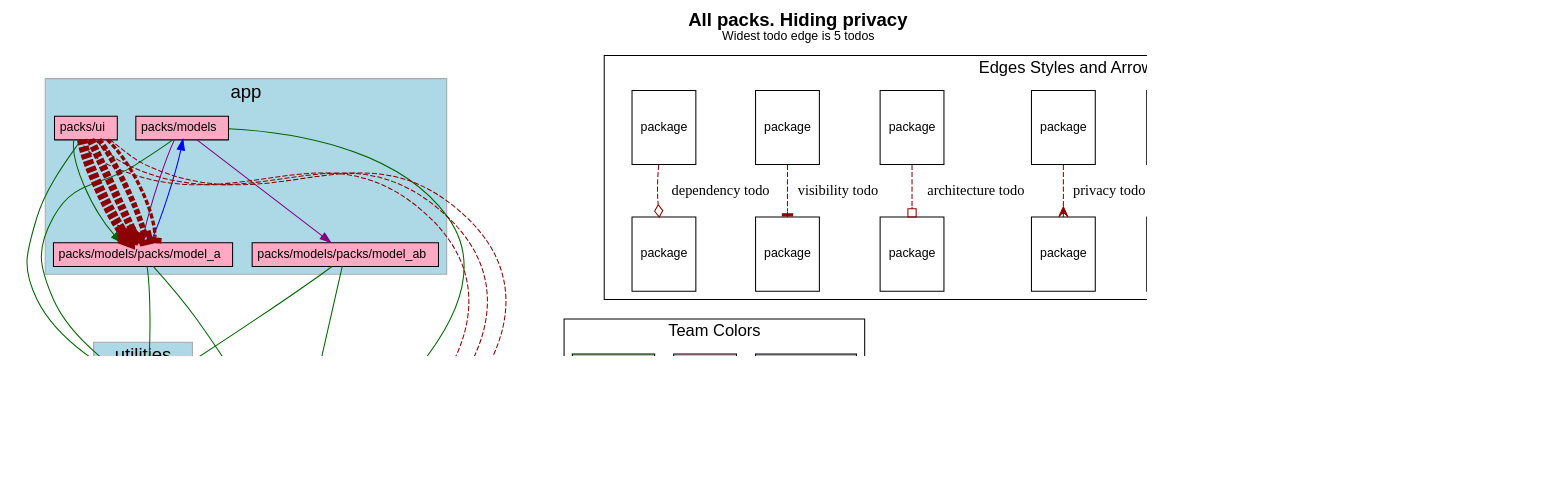
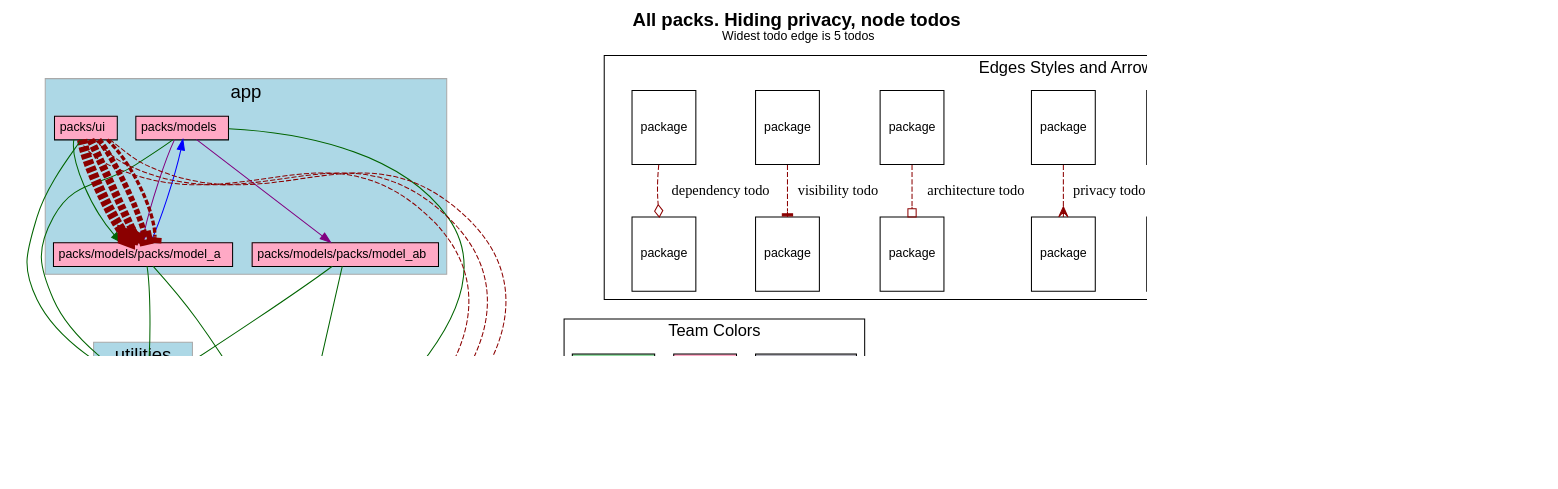
One commit to rubyatscale/visualize_packs changed the diagram in spec/sample_app1/test_output/no_privacy.dot. Above: the diagram before and after it, drawn with Graphviz. The commit also changed 29 other files, not shown here.

First line of the commit message:
Add info on node todos (#57)

```diff
--- a/spec/sample_app1/test_output/no_privacy.dot
+++ b/spec/sample_app1/test_output/no_privacy.dot
@@ -5,7 +5,7 @@
     fontname="Helvetica,Arial,sans-serif"
     dpi=100
     layout=dot
-    label=<<b>All packs. Hiding privacy</b><br/><font point-size='12'>Widest todo edge is 5 todos</font>>
+    label=<<b>All packs. Hiding privacy, node todos</b><br/><font point-size='12'>Widest todo edge is 5 todos</font>>
     fontsize=18
   ]
   node [
```
